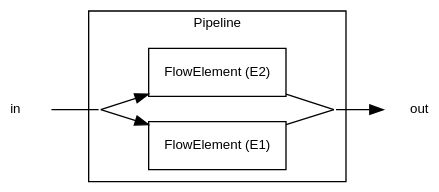
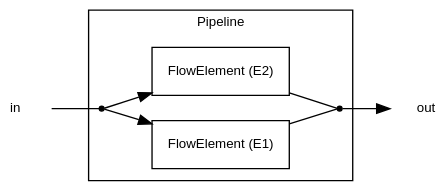
One commit to 51Degrees/documentation changed the diagram in src/graphs/pipeline-parallel-process.dot. Above: the diagram before and after it, drawn with Graphviz.

Commit message:
GRAPH: Updated parallel graph.

```diff
--- a/src/graphs/pipeline-parallel-process.dot
+++ b/src/graphs/pipeline-parallel-process.dot
@@ -1,25 +1,25 @@
 digraph P {
     rankdir=LR;
     compond=true;
     bgcolor=transparent;
     node [ shape=record, fontname=Helvetica, fontsize=10 ];
     
     i [ label=in, shape=plaintext ];
     subgraph clusterP {
         label="Pipeline";
         fontname=Helvetica;
         fontsize=10;
-        I1 [label="", style=invis, width=0, height=0, fixedsize=true ];
+        I1 [label="", shape=point ];
         E1 [label="FlowElement (E1)"];
         E2 [label="FlowElement (E2)"];
-        I2 [label="", style=invis, width=0, height=0, fixedsize=true ];
+        I2 [label="", shape=point ];
     };
     o [ label="out" shape=plaintext ];
     
     i -> I1 [arrowhead=none];
     I1 -> E1;
     E1 -> I2 [arrowhead=none];
     I2 -> o;
     I1 -> E2;
     E2 -> I2 [arrowhead=none];
 }
```
